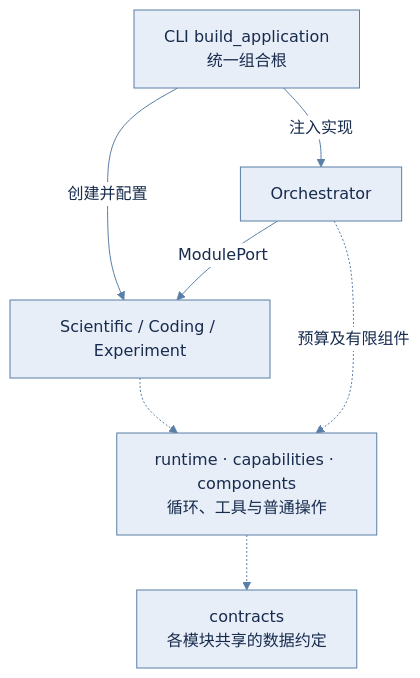
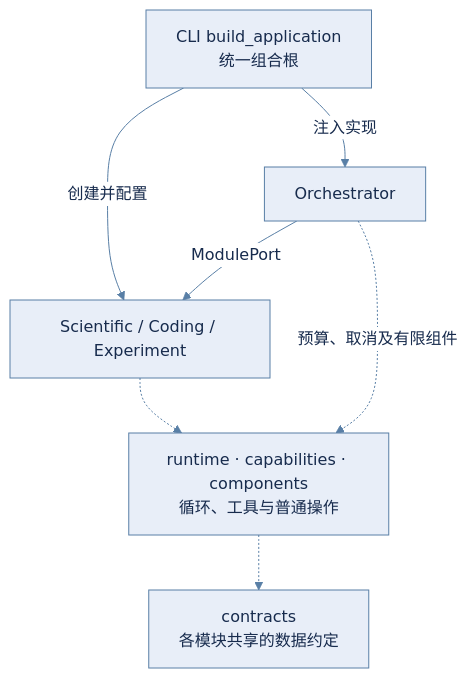
Before and after one commit to ylc123456789/ResAgent2: the second of 2 diagrams in docs/current/ARCHITECTURE.md, drawn with Mermaid. The commit also changed other lines of this file and 91 other files, not shown here.

````diff
--- a/docs/current/ARCHITECTURE.md
+++ b/docs/current/ARCHITECTURE.md
@@ -92,10 +93,10 @@
 ```mermaid
 %%{init: {"theme": "base", "themeVariables": {"primaryColor": "#e8eef8", "primaryTextColor": "#172b4d", "primaryBorderColor": "#597fa6", "lineColor": "#597fa6", "textColor": "#172b4d", "edgeLabelBackground": "#ffffff"}, "flowchart": {"nodeSpacing": 35, "rankSpacing": 55}}}%%
 flowchart TB
     Root[CLI build_application<br/>统一组合根] -->|注入实现| Orch[Orchestrator]
     Root -->|创建并配置| Agents[Scientific / Coding / Experiment]
     Orch -->|ModulePort| Agents
     Agents -.-> Shared[runtime · capabilities · components<br/>循环、工具与普通操作]
-    Orch -.->|预算及有限组件| Shared
+    Orch -.->|预算、取消及有限组件| Shared
     Shared -.-> Contracts[contracts<br/>各模块共享的数据约定]
 ```
````
